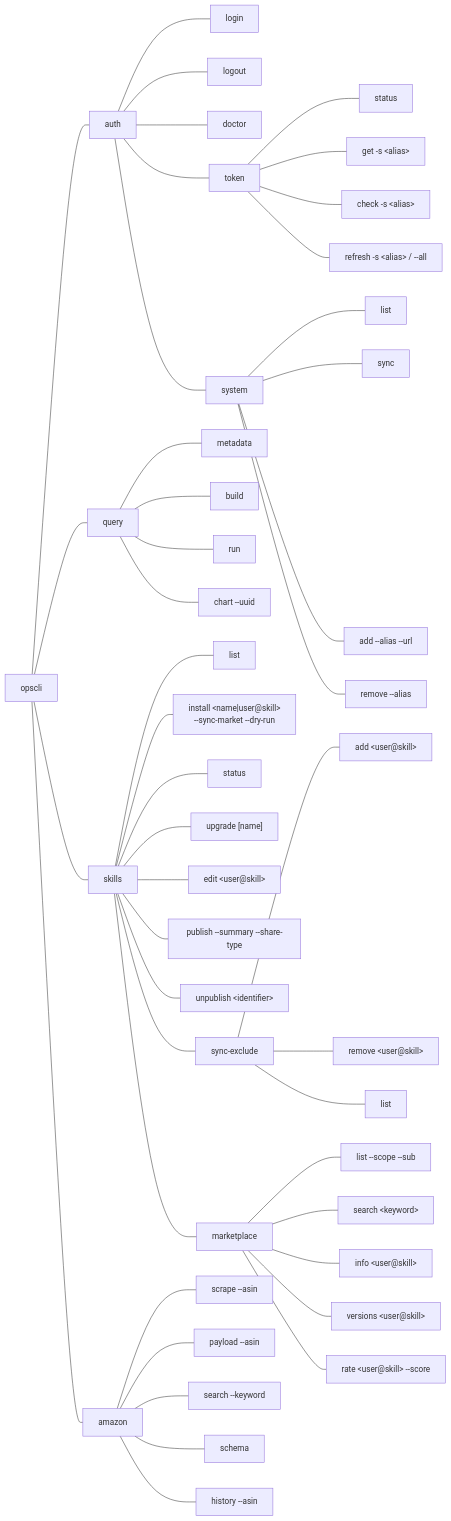
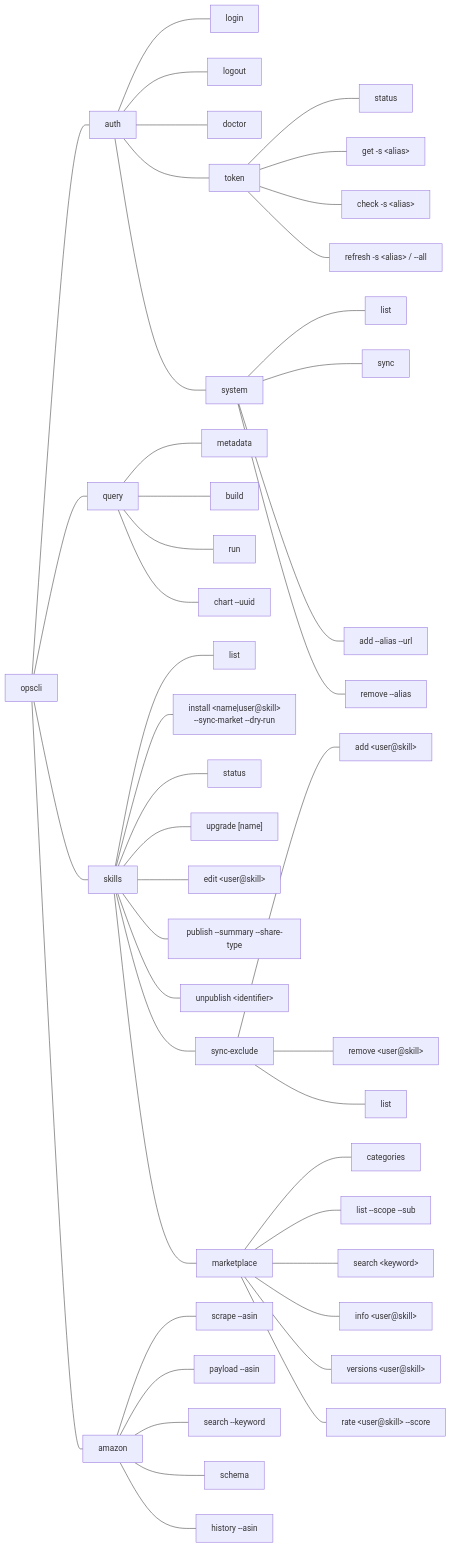
Before and after one commit to pengjianchao250/open-opscli: the fifth of 7 diagrams in README.md, drawn with Mermaid. The commit also changed other lines of this file and 6 other files, not shown here.

````diff
--- a/README.md
+++ b/README.md
@@ -275,53 +275,54 @@
 ```mermaid
 graph LR
     Root["opscli"]
     Root --- Auth["auth"]
     Root --- Query["query"]
     Root --- Skills["skills"]
     Root --- Amazon["amazon"]
 
     Auth --- login
     Auth --- logout
     Auth --- doctor
     Auth --- Token["token"]
     Auth --- System["system"]
 
     Token --- token_status["status"]
     Token --- token_get["get -s &lt;alias&gt;"]
     Token --- token_check["check -s &lt;alias&gt;"]
     Token --- token_refresh["refresh -s &lt;alias&gt; / --all"]
 
     System --- sys_list["list"]
     System --- sys_sync["sync"]
     System --- sys_add["add --alias --url"]
     System --- sys_remove["remove --alias"]
 
     Query --- query_metadata["metadata"]
     Query --- query_build["build"]
     Query --- query_run["run"]
     Query --- query_chart["chart --uuid"]
 
     Skills --- skills_list["list"]
     Skills --- skills_install["install &lt;name|user@skill&gt;<br/>--sync-market --dry-run"]
     Skills --- skills_status["status"]
     Skills --- skills_upgrade["upgrade [name]"]
     Skills --- skills_edit["edit &lt;user@skill&gt;"]
     Skills --- skills_publish["publish --summary --share-type"]
     Skills --- skills_unpublish["unpublish &lt;identifier&gt;"]
     Skills --- SyncExclude["sync-exclude"]
     SyncExclude --- se_add["add &lt;user@skill&gt;"]
     SyncExclude --- se_remove["remove &lt;user@skill&gt;"]
     SyncExclude --- se_list["list"]
     Skills --- Marketplace["marketplace"]
+    Marketplace --- mp_categories["categories"]
     Marketplace --- mp_list["list --scope --sub"]
     Marketplace --- mp_search["search &lt;keyword&gt;"]
     Marketplace --- mp_info["info &lt;user@skill&gt;"]
     Marketplace --- mp_versions["versions &lt;user@skill&gt;"]
     Marketplace --- mp_rate["rate &lt;user@skill&gt; --score"]
 
     Amazon --- amazon_scrape["scrape --asin"]
     Amazon --- amazon_payload["payload --asin"]
     Amazon --- amazon_search["search --keyword"]
     Amazon --- amazon_schema["schema"]
     Amazon --- amazon_history["history --asin"]
 ```
````
